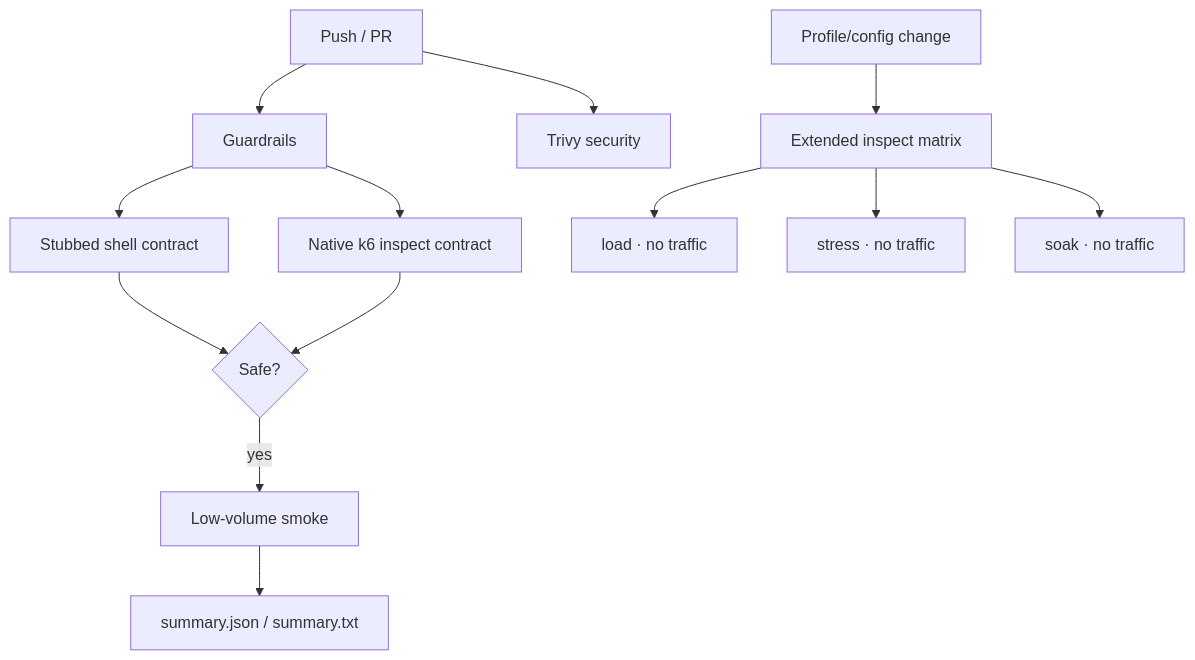
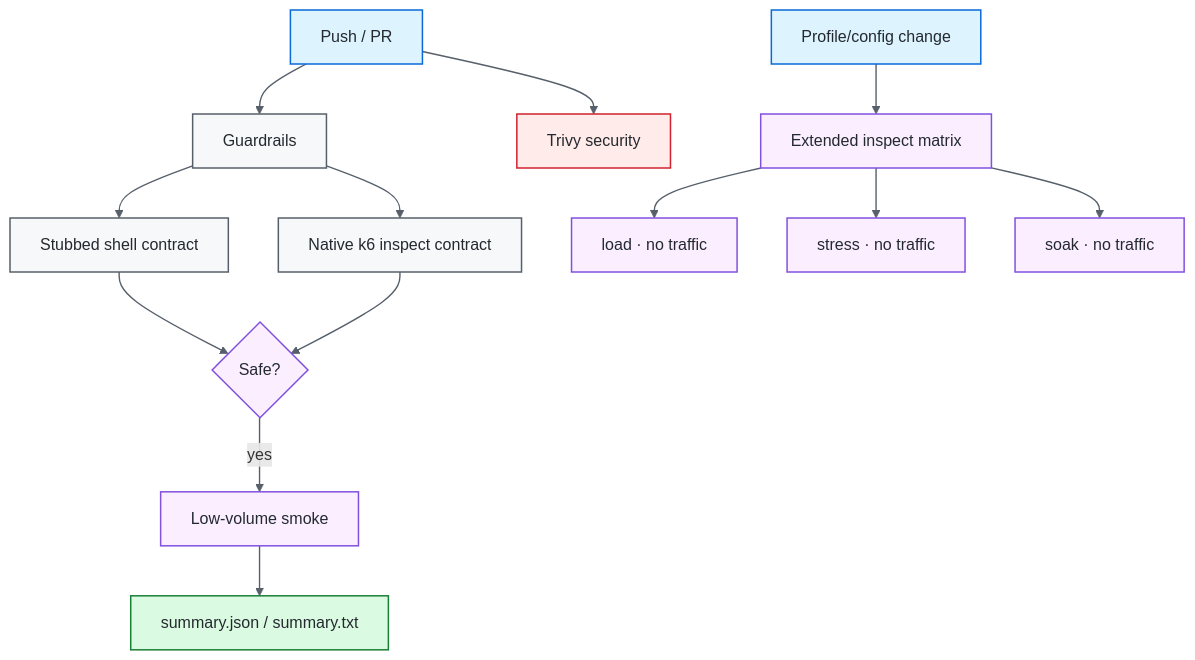
Before and after one commit to portyu9/qa-automation-load-k6: the third of 3 diagrams in README.md, drawn with Mermaid. The commit also changed other lines of this file, not shown here.

Commit message:
Polish badges and Mermaid diagrams (#8)

````diff
--- a/README.md
+++ b/README.md
@@ -348,16 +369,28 @@
 ```mermaid
 flowchart TD
     PR[Push / PR] --> G[Guardrails]
     G --> SHELL[Stubbed shell contract]
     G --> INSPECT[Native k6 inspect contract]
     SHELL --> OK{Safe?}
     INSPECT --> OK
     OK -->|yes| SMOKE[Low-volume smoke]
     SMOKE --> SUM[summary.json / summary.txt]
 
     PR --> SEC[Trivy security]
     PROFILECHANGE[Profile/config change] --> EXT[Extended inspect matrix]
     EXT --> L[load · no traffic]
     EXT --> ST[stress · no traffic]
     EXT --> SO[soak · no traffic]
+
+    classDef entry fill:#ddf4ff,stroke:#0969da,color:#24292f,stroke-width:1.5px;
+    classDef core fill:#f6f8fa,stroke:#57606a,color:#24292f,stroke-width:1.5px;
+    classDef gate fill:#fbefff,stroke:#8250df,color:#24292f,stroke-width:1.5px;
+    classDef evidence fill:#dafbe1,stroke:#1a7f37,color:#24292f,stroke-width:1.5px;
+    classDef security fill:#ffebe9,stroke:#cf222e,color:#24292f,stroke-width:1.5px;
+    class PR,PROFILECHANGE entry;
+    class G,SHELL,INSPECT core;
+    class OK,SMOKE,EXT,L,ST,SO gate;
+    class SEC security;
+    class SUM evidence;
+    linkStyle default stroke:#57606a,stroke-width:1.4px;
 ```
````
